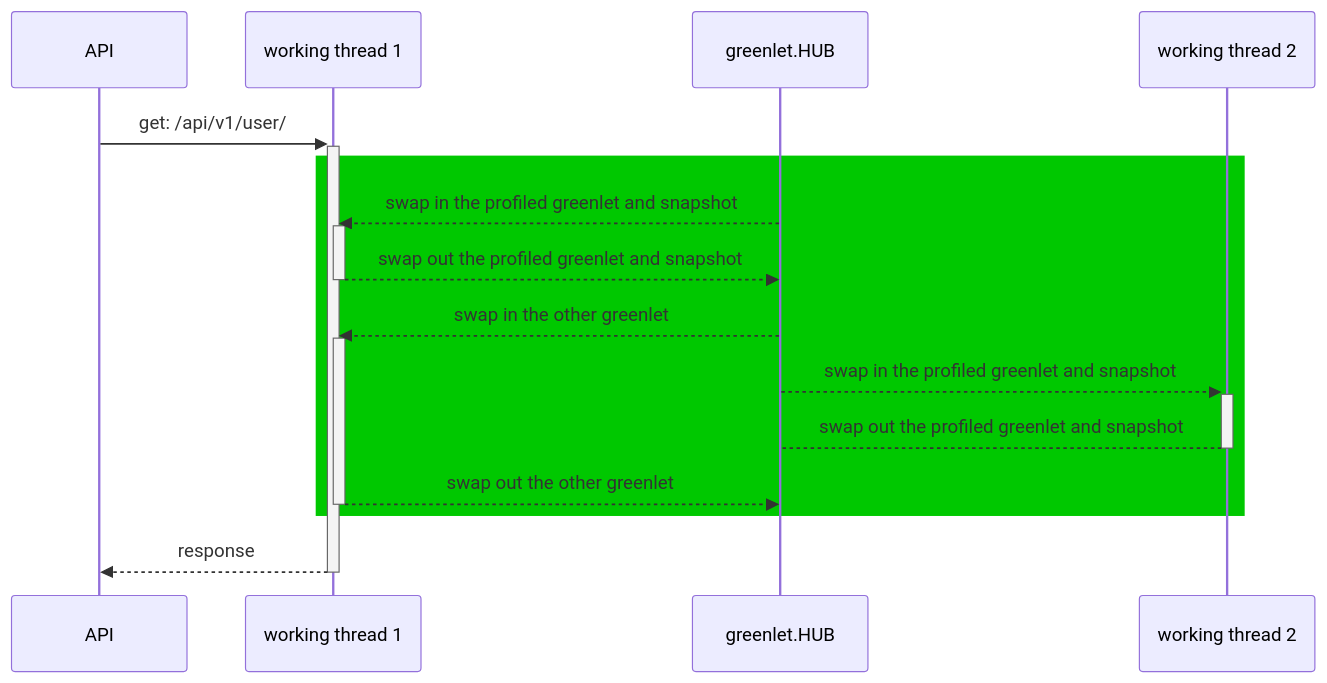
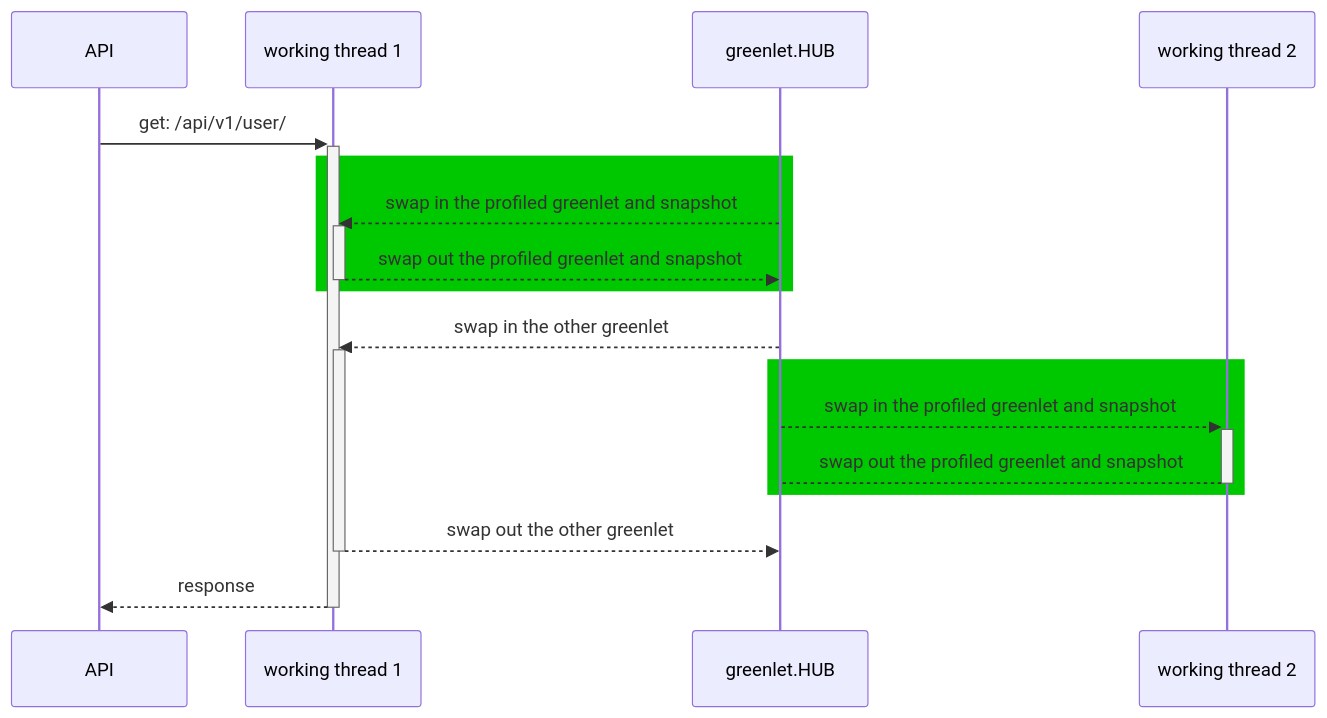
The third of 3 diagrams in docs/en/profiling/profilng.md (apache/skywalking-python), drawn with Mermaid before and after one commit.

````diff
--- a/docs/en/profiling/profilng.md
+++ b/docs/en/profiling/profilng.md
@@ -62,13 +62,15 @@
 ```mermaid
 sequenceDiagram
     API->>+working thread 1: get: /api/v1/user/
     rect rgb(0,200,0)
     greenlet.HUB-->>+working thread 1: swap in the profiled greenlet and snapshot
     working thread 1-->>-greenlet.HUB : swap out the profiled greenlet and snapshot
+    end
     greenlet.HUB-->>+working thread 1: swap in the other greenlet
+    rect rgb(0,200,0)
     greenlet.HUB-->>+working thread 2: swap in the profiled greenlet and snapshot
     working thread 2-->-greenlet.HUB : swap out the profiled greenlet and snapshot
+    end
     working thread 1-->>-greenlet.HUB : swap out the other greenlet
-    end
     working thread 1-->>-API: response
 ```
````
